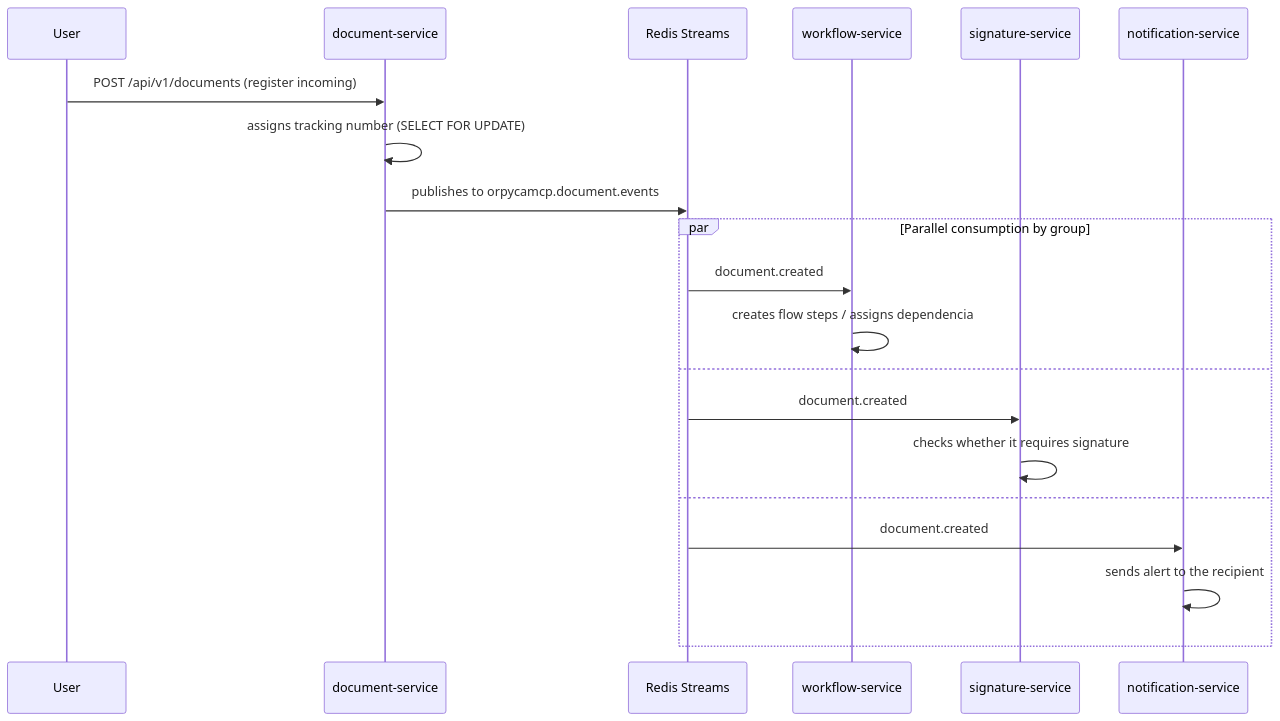
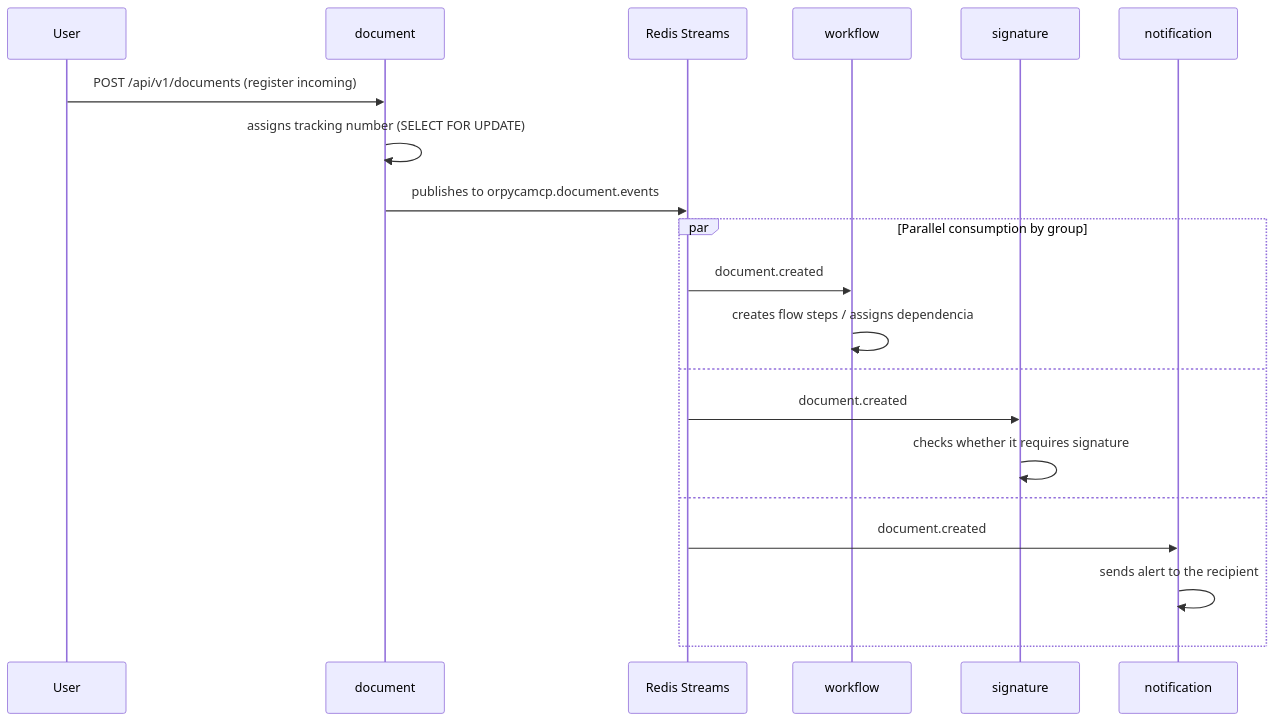
The second of 4 diagrams in docs/en/architecture.md (camilo1rp/docuboto), drawn with Mermaid before and after one commit. The commit also changed other lines of this file and 19 other files, not shown here.

````diff
--- a/docs/en/architecture.md
+++ b/docs/en/architecture.md
@@ -244,23 +237,23 @@
 ```mermaid
 sequenceDiagram
     participant U as User
-    participant DOC as document-service
+    participant DOC as document
     participant R as Redis Streams
-    participant WF as workflow-service
-    participant SIG as signature-service
-    participant NOT as notification-service
+    participant WF as workflow
+    participant SIG as signature
+    participant NOT as notification
 
     U->>DOC: POST /api/v1/documents (register incoming)
     DOC->>DOC: assigns tracking number (SELECT FOR UPDATE)
     DOC->>R: publishes to orpycamcp.document.events
     par Parallel consumption by group
         R->>WF: document.created
         WF->>WF: creates flow steps / assigns dependencia
     and
         R->>SIG: document.created
         SIG->>SIG: checks whether it requires signature
     and
         R->>NOT: document.created
         NOT->>NOT: sends alert to the recipient
     end
 ```
````
